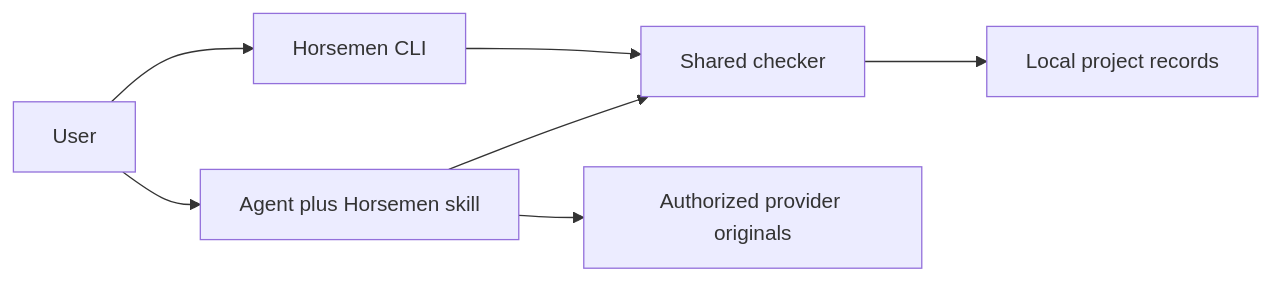
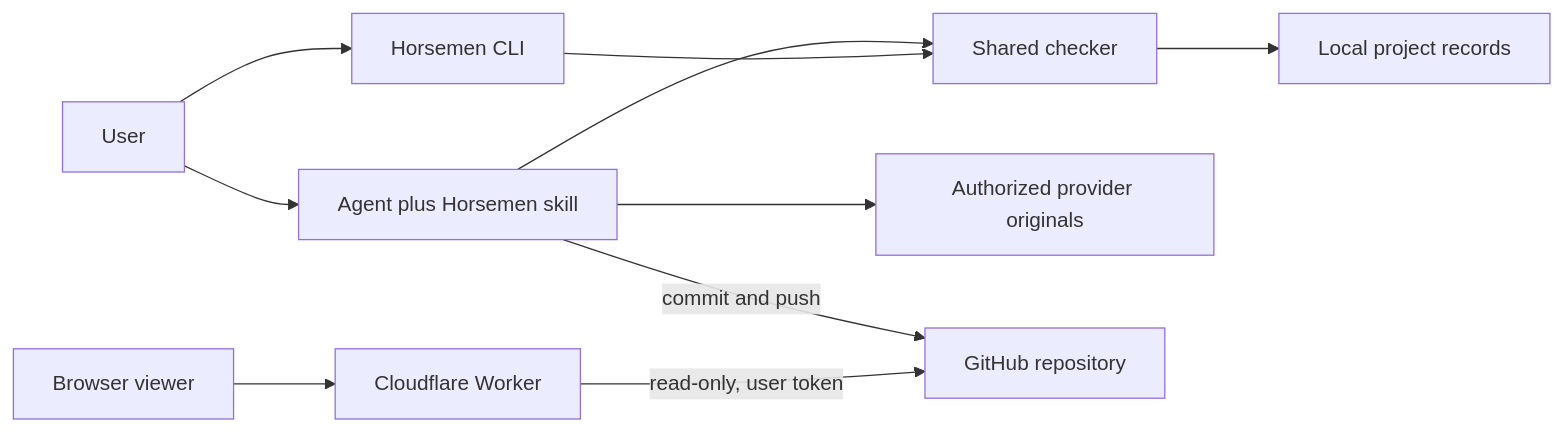
One commit to forsvn-labs/horsemen changed the first of 2 diagrams in TECHSTACK.md. Above: the diagram before and after it, drawn with Mermaid. The commit also changed other lines of this file and 1 other file, not shown here.

Commit message:
Bring TECHSTACK up to date with the hosted viewer and map the project icon

````diff
--- a/TECHSTACK.md
+++ b/TECHSTACK.md
@@ -22,9 +29,12 @@
 ```mermaid
 flowchart LR
   User --> Agent[Agent plus Horsemen skill]
   User --> CLI[Horsemen CLI]
   Agent --> Checker[Shared checker]
   CLI --> Checker
   Checker --> Records[Local project records]
   Agent --> Originals[Authorized provider originals]
+  Agent -->|commit and push| GitHub[GitHub repository]
+  Browser[Browser viewer] --> Worker[Cloudflare Worker]
+  Worker -->|read-only, user token| GitHub
 ```
````
